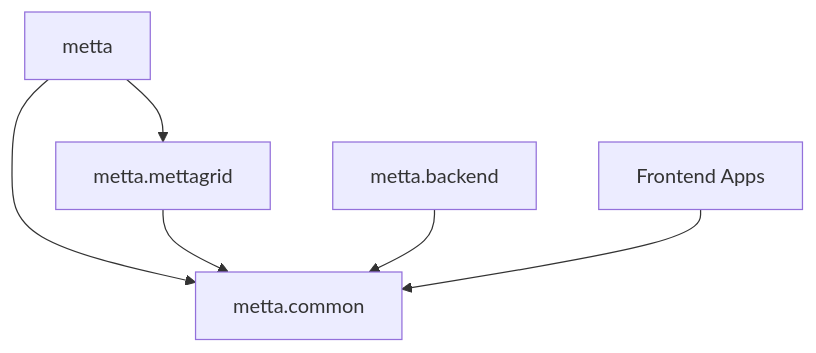
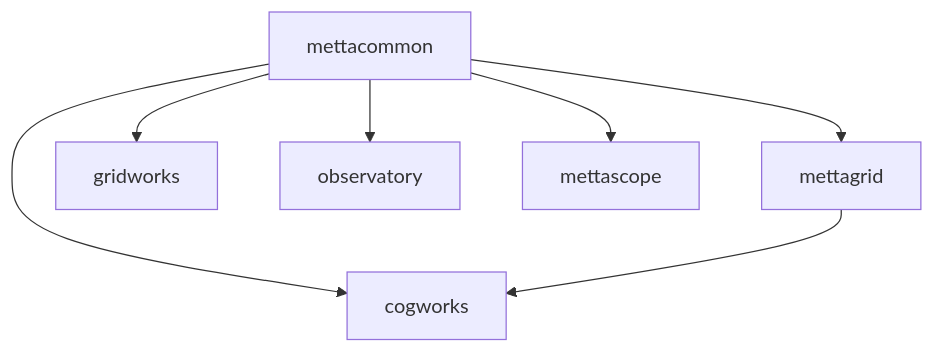
Before and after one commit to Metta-AI/metta: the diagram in REPO_ORGANIZATION.md, drawn with Mermaid. The commit also changed other lines of this file, not shown here.

````diff
--- a/REPO_ORGANIZATION.md
+++ b/REPO_ORGANIZATION.md
@@ -271,8 +315,9 @@
 ```mermaid
 graph TD
-    A[metta] --> B[metta.mettagrid]
-    A --> C[metta.common]
+    A[mettacommon] --> B[mettagrid]
+    A --> C[cogworks]
     B --> C
-    D[metta.backend] --> C
-    E[Frontend Apps] --> C
+    A --> D[gridworks]
+    A --> E[observatory]
+    A --> F[mettascope]
 ```
````
